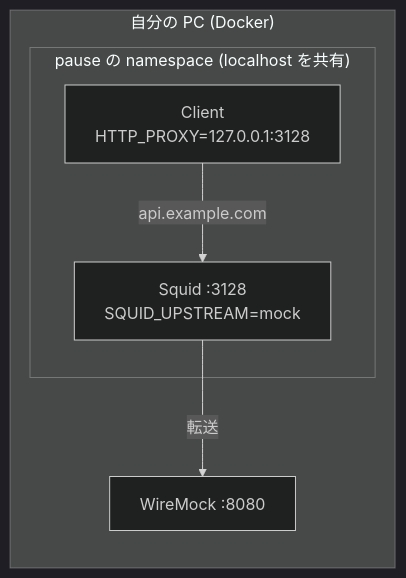
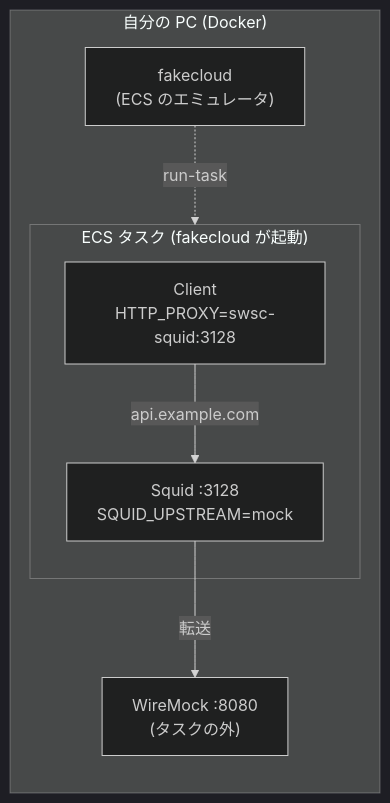
The first of 3 diagrams in README.md (satoshi256kbyte/squid-wiremock-sidecar), drawn with Mermaid (dark theme) before and after one commit. The commit also changed other lines of this file and 14 other files, not shown here.

First line of the commit message:
ローカルと CI を fakecloud の run-task で動かし、AWS 用に HTTPS の宛先を指定できるようにする (#44)

````diff
--- a/README.md
+++ b/README.md
@@ -33,12 +67,14 @@
 ```mermaid
 flowchart LR
   subgraph Host["自分の PC (Docker)"]
-    subgraph NS["pause の namespace (localhost を共有)"]
-      Client["Client<br/>HTTP_PROXY=127.0.0.1:3128"]
+    FC["fakecloud<br/>(ECS のエミュレータ)"]
+    subgraph Task["ECS タスク (fakecloud が起動)"]
+      Client["Client<br/>HTTP_PROXY=swsc-squid:3128"]
       Squid["Squid :3128<br/>SQUID_UPSTREAM=mock"]
       Client -->|"api.example.com"| Squid
     end
-    WM["WireMock :8080"]
+    WM["WireMock :8080<br/>(タスクの外)"]
+    FC -.->|"run-task"| Task
     Squid -->|"転送"| WM
   end
 ```
````
